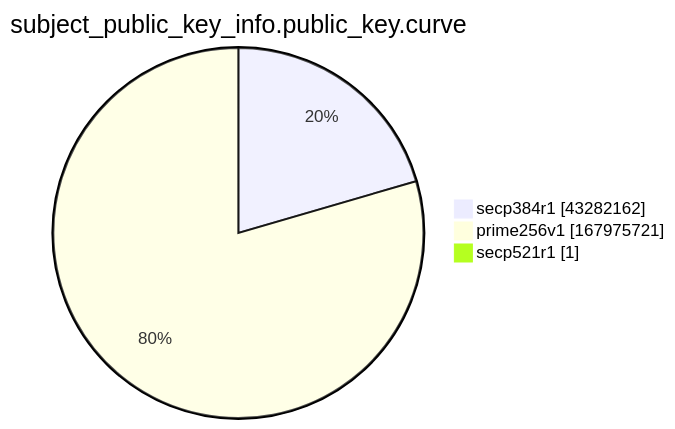
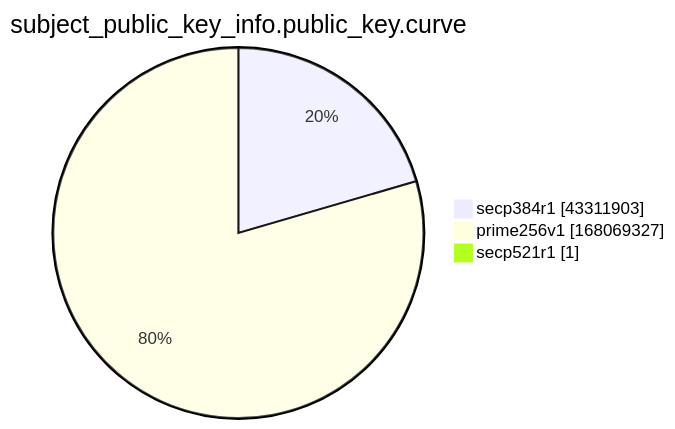
Before and after one commit to christiankrug/ctmonitor_visualization: the ninth of 15 diagrams in xenon2022/README.md, drawn with Mermaid. The commit also changed other lines of this file, not shown here.

````diff
--- a/xenon2022/README.md
+++ b/xenon2022/README.md
@@ -2870,7 +2870,7 @@
 ```mermaid
 pie showData
 title subject_public_key_info.public_key.curve
-"secp384r1" :43282162
-"prime256v1" :167975721
+"secp384r1" :43311903
+"prime256v1" :168069327
 "secp521r1" :1
 ```
````
